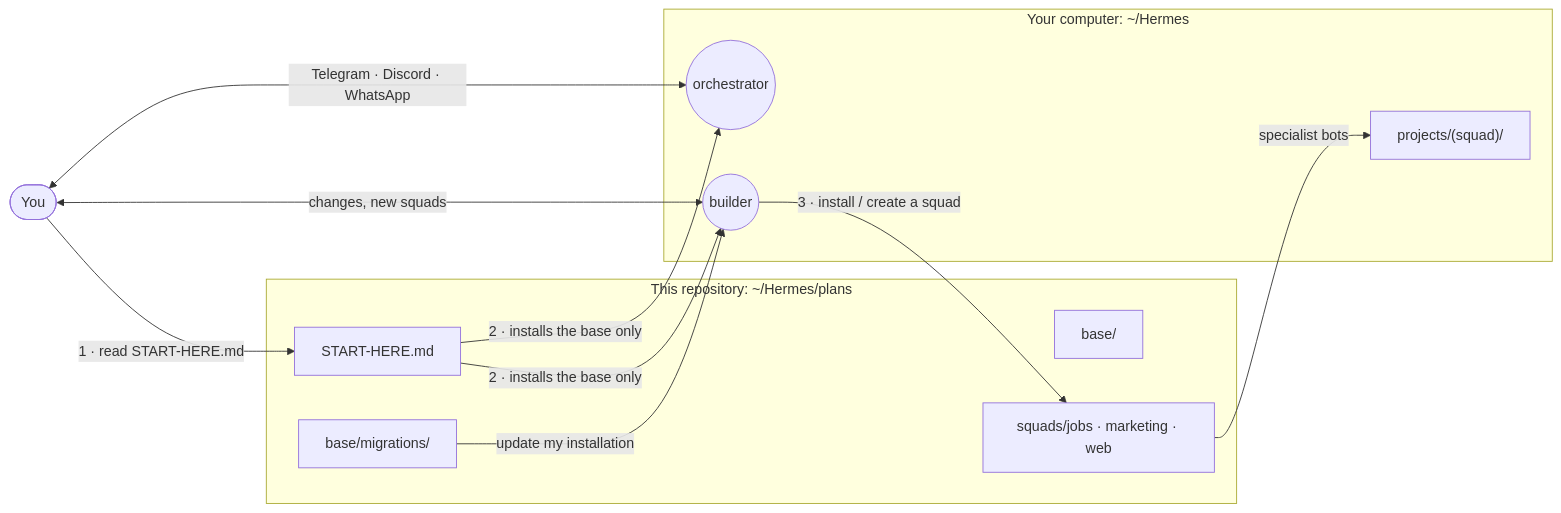
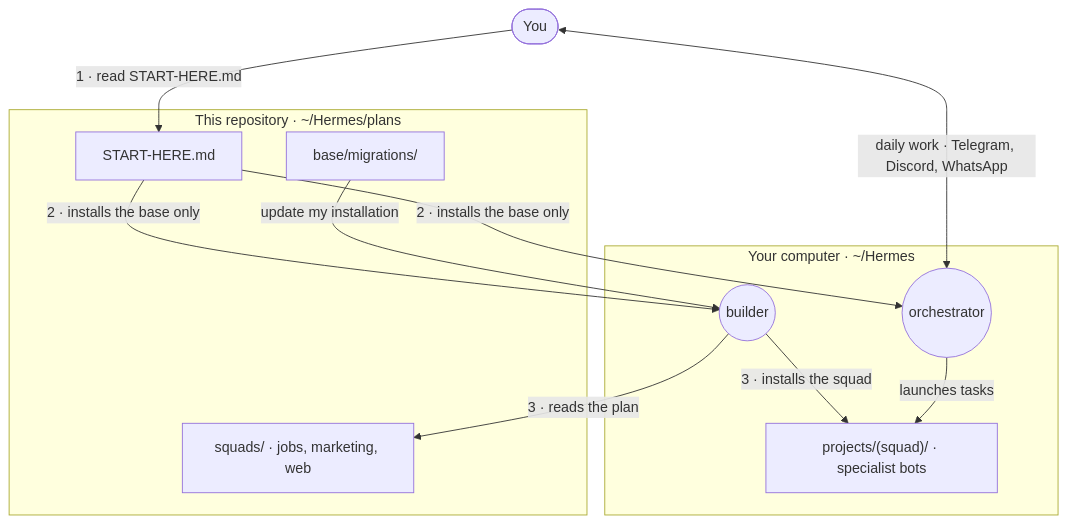
The first of 2 diagrams in README.md (PuntoyComaTech/hermes-agent-squads), drawn with Mermaid before and after one commit. The commit also changed other lines of this file and 3 other files, not shown here.

Commit message:
docs: add AGENTS.md, vertical README diagrams, fix stripped placeholder

````diff
--- a/README.md
+++ b/README.md
@@ -14,21 +14,22 @@
 ```mermaid
-flowchart LR
-    subgraph repo["This repository: ~/Hermes/plans"]
-        SH[START-HERE.md]
-        B[base/]
-        SQ[squads/jobs · marketing · web]
-        M[base/migrations/]
+flowchart TB
+    U([You])
+    subgraph repo["This repository · ~/Hermes/plans"]
+        SH["START-HERE.md"]
+        SQ["squads/ · jobs, marketing, web"]
+        M["base/migrations/"]
     end
-    subgraph pc["Your computer: ~/Hermes"]
-        O((orchestrator))
-        BU((builder))
-        P["projects/(squad)/"]
+    subgraph pc["Your computer · ~/Hermes"]
+        O(("orchestrator"))
+        BU(("builder"))
+        P["projects/(squad)/ · specialist bots"]
     end
-    U([You]) -- "1 · read START-HERE.md" --> SH
-    SH -- "2 · installs the base only" --> O & BU
-    BU -- "3 · install / create a squad" --> SQ
-    SQ -- specialist bots --> P
-    M -- "update my installation" --> BU
-    U <-- "Telegram · Discord · WhatsApp" --> O
-    U <-- "changes, new squads" --> BU
+    U -->|"1 · read START-HERE.md"| SH
+    SH -->|"2 · installs the base only"| O
+    SH -->|"2 · installs the base only"| BU
+    BU -->|"3 · reads the plan"| SQ
+    BU -->|"3 · installs the squad"| P
+    M -->|"update my installation"| BU
+    U <-->|"daily work · Telegram, Discord, WhatsApp"| O
+    O -->|"launches tasks"| P
 ```
````
